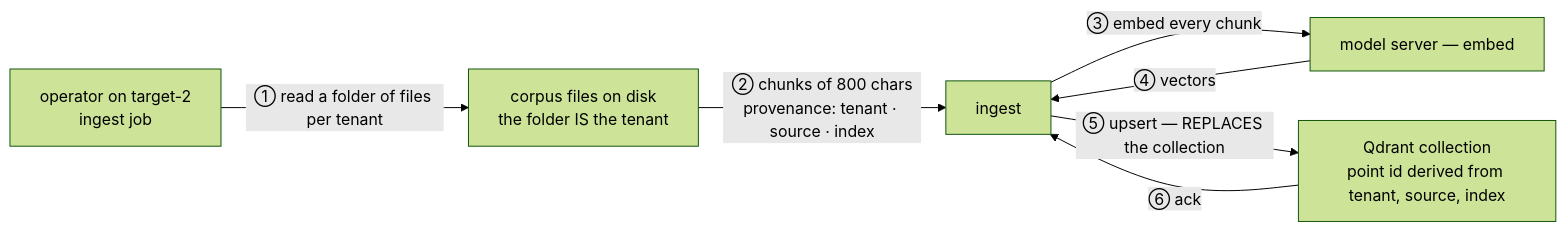
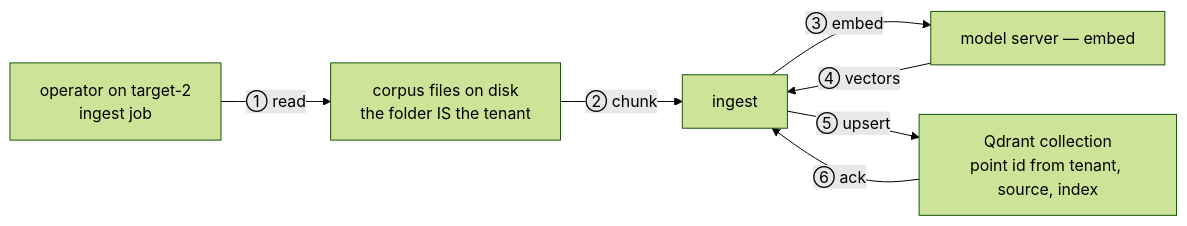
Before and after one commit to ryayres-fox/Security: the fourth of 11 diagrams in lab-journal/rag-and-ai-probe.md, drawn with Mermaid (forest theme). The commit also changed other lines of this file and 5 other files, not shown here.

First line of the commit message:
Lab journal: legible diagrams, and the agentic-services page (#90)

````diff
--- a/lab-journal/rag-and-ai-probe.md
+++ b/lab-journal/rag-and-ai-probe.md
@@ -155,9 +157,9 @@
 ```mermaid
 graph LR
-  OP["operator on target-2<br/>ingest job"] -->|"① read a folder of files per tenant"| FS["corpus files on disk<br/>the folder IS the tenant"]
-  FS -->|"② chunks of 800 chars<br/>provenance: tenant · source · index"| ING["ingest"]
-  ING -->|"③ embed every chunk"| OLL2["model server — embed"]
+  OP["operator on target-2<br/>ingest job"] -->|"① read"| FS["corpus files on disk<br/>the folder IS the tenant"]
+  FS -->|"② chunk"| ING["ingest"]
+  ING -->|"③ embed"| OLL2["model server — embed"]
   OLL2 -->|"④ vectors"| ING
-  ING -->|"⑤ upsert — REPLACES the collection"| QD2["Qdrant collection<br/>point id derived from tenant, source, index"]
+  ING -->|"⑤ upsert"| QD2["Qdrant collection<br/>point id from tenant, source, index"]
   QD2 -->|"⑥ ack"| ING
 ```
````
